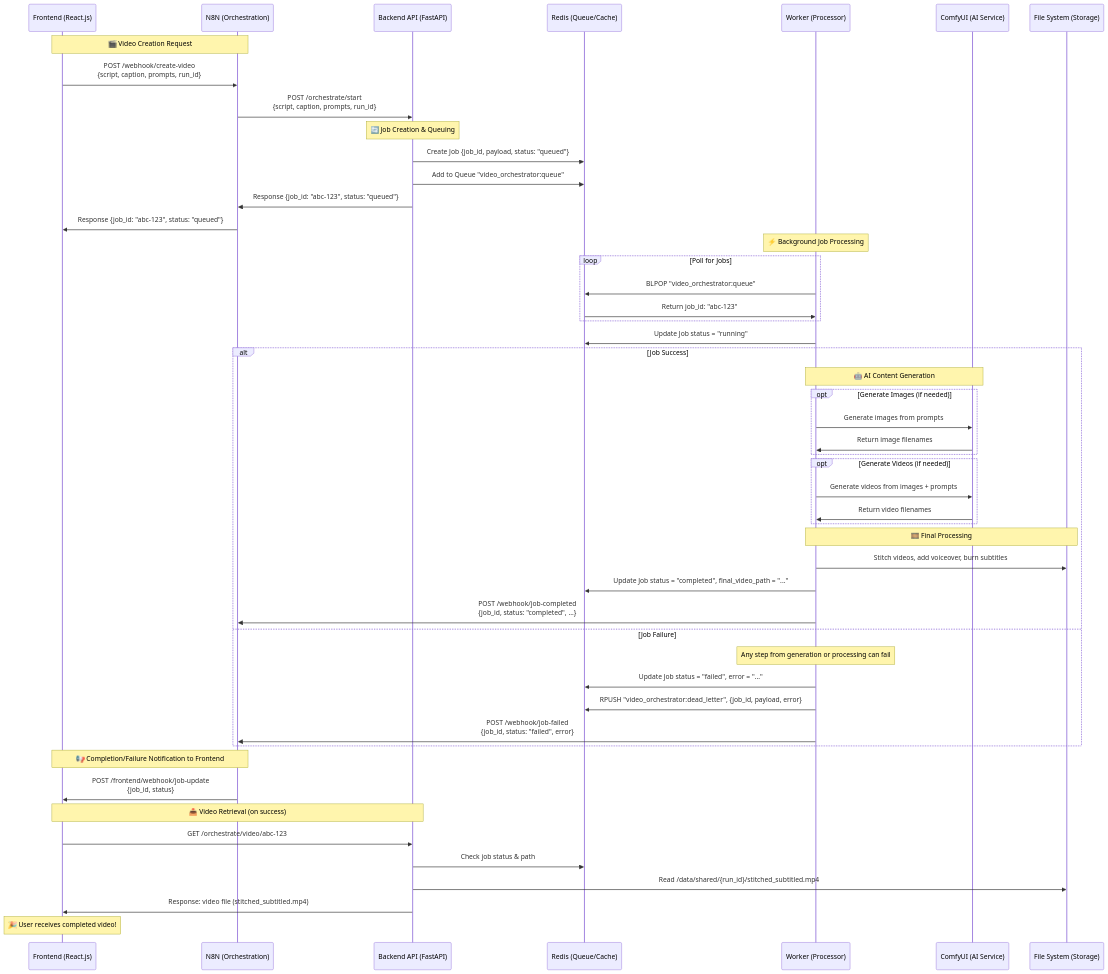
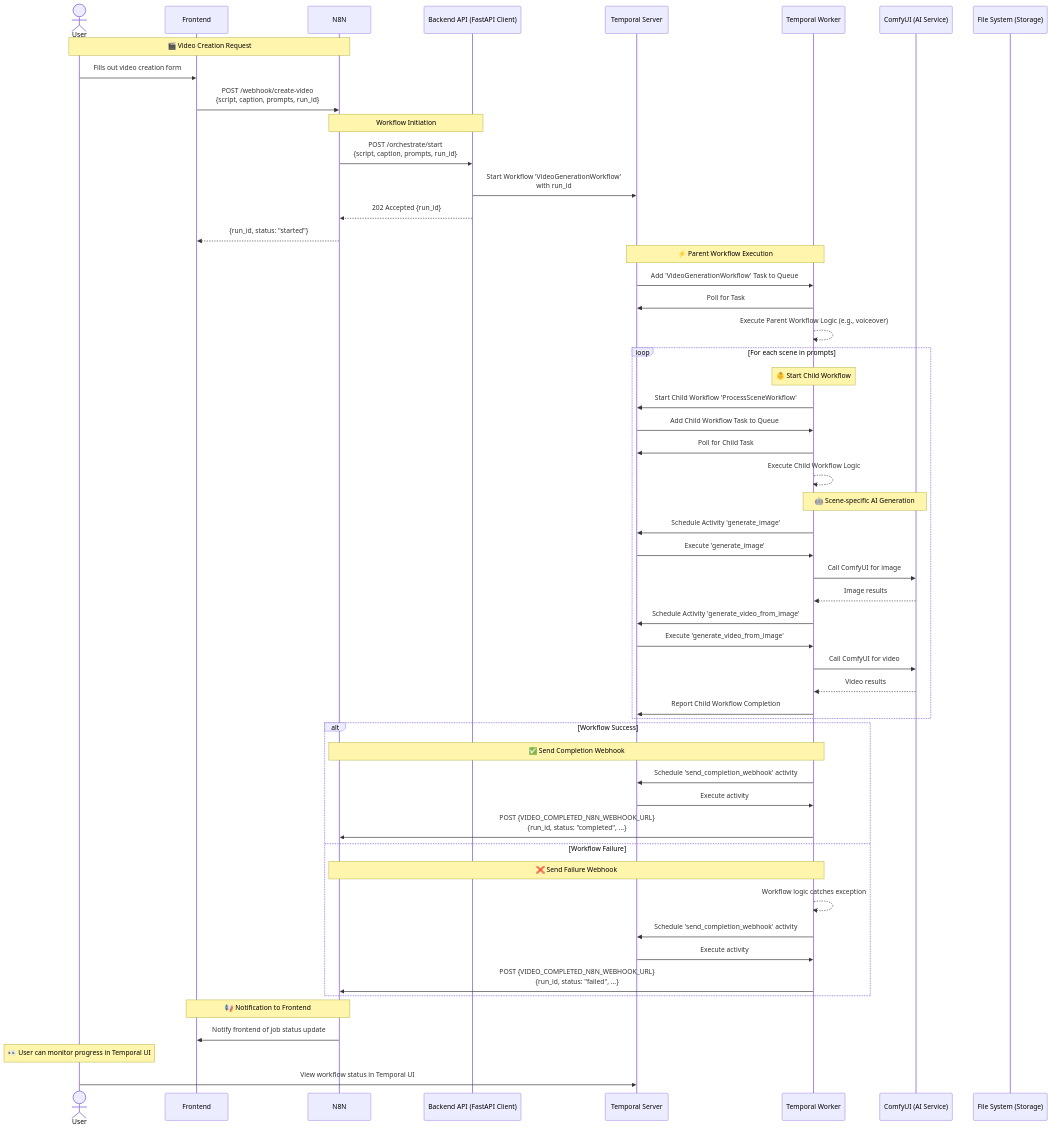
Before and after one commit to felipecaldas/edit-videos: the first of 2 diagrams in VIDEO_PROCESSING_SEQUENCE_DIAGRAM.md, drawn with Mermaid. The commit also changed other lines of this file and 11 other files, not shown here.

````diff
--- a/VIDEO_PROCESSING_SEQUENCE_DIAGRAM.md
+++ b/VIDEO_PROCESSING_SEQUENCE_DIAGRAM.md
@@ -3,62 +3,66 @@
 ```mermaid
 sequenceDiagram
-    participant F as Frontend (React.js)
-    participant N as N8N (Orchestration)
-    participant B as Backend API (FastAPI)
-    participant R as Redis (Queue/Cache)
-    participant W as Worker (Processor)
+    actor U as User
+    participant F as Frontend
+    participant N as N8N
+    participant B as Backend API (FastAPI Client)
+    participant T as Temporal Server
+    participant TW as Temporal Worker
     participant C as ComfyUI (AI Service)
     participant FS as File System (Storage)
 
-    Note over F,N: 🎬 Video Creation Request
+    Note over U,N: 🎬 Video Creation Request
+    U->>F: Fills out video creation form
     F->>N: POST /webhook/create-video<br/>{script, caption, prompts, run_id}
+
+    Note over N,B:  Workflow Initiation
     N->>B: POST /orchestrate/start<br/>{script, caption, prompts, run_id}
+    B->>T: Start Workflow 'VideoGenerationWorkflow'<br/>with run_id
+    B-->>N: 202 Accepted {run_id}
+    N-->>F: {run_id, status: "started"}
 
-    Note over B: 🔄 Job Creation & Queuing
-    B->>R: Create Job {job_id, payload, status: "queued"}
-    B->>R: Add to Queue "video_orchestrator:queue"
-    B->>N: Response {job_id: "abc-123", status: "queued"}
-    N->>F: Response {job_id: "abc-123", status: "queued"}
+    Note over T,TW: ⚡ Parent Workflow Execution
+    T->>TW: Add 'VideoGenerationWorkflow' Task to Queue
+    TW->>T: Poll for Task
+    TW-->>TW: Execute Parent Workflow Logic (e.g., voiceover)
 
-    Note over W: ⚡ Background Job Processing
-    loop Poll for Jobs
-        W->>R: BLPOP "video_orchestrator:queue"
-        R->>W: Return job_id: "abc-123"
+    loop For each scene in prompts
+        Note over TW: 👶 Start Child Workflow
+        TW->>T: Start Child Workflow 'ProcessSceneWorkflow'
+        T->>TW: Add Child Workflow Task to Queue
+        TW->>T: Poll for Child Task
+        TW-->>TW: Execute Child Workflow Logic
+
+        Note over TW,C: 🤖 Scene-specific AI Generation
+        TW->>T: Schedule Activity 'generate_image'
+        T->>TW: Execute 'generate_image'
+        TW->>C: Call ComfyUI for image
+        C-->>TW: Image results
+        TW->>T: Schedule Activity 'generate_video_from_image'
+        T->>TW: Execute 'generate_video_from_image'
+        TW->>C: Call ComfyUI for video
+        C-->>TW: Video results
+
+        TW->>T: Report Child Workflow Completion
     end
 
-    W->>R: Update Job status = "running"
+    alt Workflow Success
+        Note over TW,N: ✅ Send Completion Webhook
+        TW->>T: Schedule 'send_completion_webhook' activity
+        T->>TW: Execute activity
+        TW->>N: POST {VIDEO_COMPLETED_N8N_WEBHOOK_URL}<br/>{run_id, status: "completed", ...}
 
-    alt Job Success
-        Note over W,C: 🤖 AI Content Generation
-        opt Generate Images (if needed)
-            W->>C: Generate images from prompts
-            C->>W: Return image filenames
-        end
-        opt Generate Videos (if needed)
-            W->>C: Generate videos from images + prompts
-            C->>W: Return video filenames
-        end
-
-        Note over W,FS: 🎞️ Final Processing
-        W->>FS: Stitch videos, add voiceover, burn subtitles
-        W->>R: Update Job status = "completed", final_video_path = "..."
-        W->>N: POST /webhook/job-completed<br/>{job_id, status: "completed", ...}
-
-    else Job Failure
-        Note over W: Any step from generation or processing can fail
-        W->>R: Update Job status = "failed", error = "..."
-        W->>R: RPUSH "video_orchestrator:dead_letter", {job_id, payload, error}
-        W->>N: POST /webhook/job-failed<br/>{job_id, status: "failed", error}
+    else Workflow Failure
+        Note over TW,N: ❌ Send Failure Webhook
+        TW-->>TW: Workflow logic catches exception
+        TW->>T: Schedule 'send_completion_webhook' activity
+        T->>TW: Execute activity
+        TW->>N: POST {VIDEO_COMPLETED_N8N_WEBHOOK_URL}<br/>{run_id, status: "failed", ...}
     end
 
-    Note over N,F: 📢 Completion/Failure Notification to Frontend
-    N->>F: POST /frontend/webhook/job-update<br/>{job_id, status}
+    Note over N,F: 📢 Notification to Frontend
+    N->>F: Notify frontend of job status update
 
-    Note over F,B: 📥 Video Retrieval (on success)
-    F->>B: GET /orchestrate/video/abc-123
-    B->>R: Check job status & path
-    B->>FS: Read /data/shared/{run_id}/stitched_subtitled.mp4
-    B->>F: Response: video file (stitched_subtitled.mp4)
-
-    Note over F: 🎉 User receives completed video!
+    Note over U: 👀 User can monitor progress in Temporal UI
+    U->>T: View workflow status in Temporal UI
 ```
````
